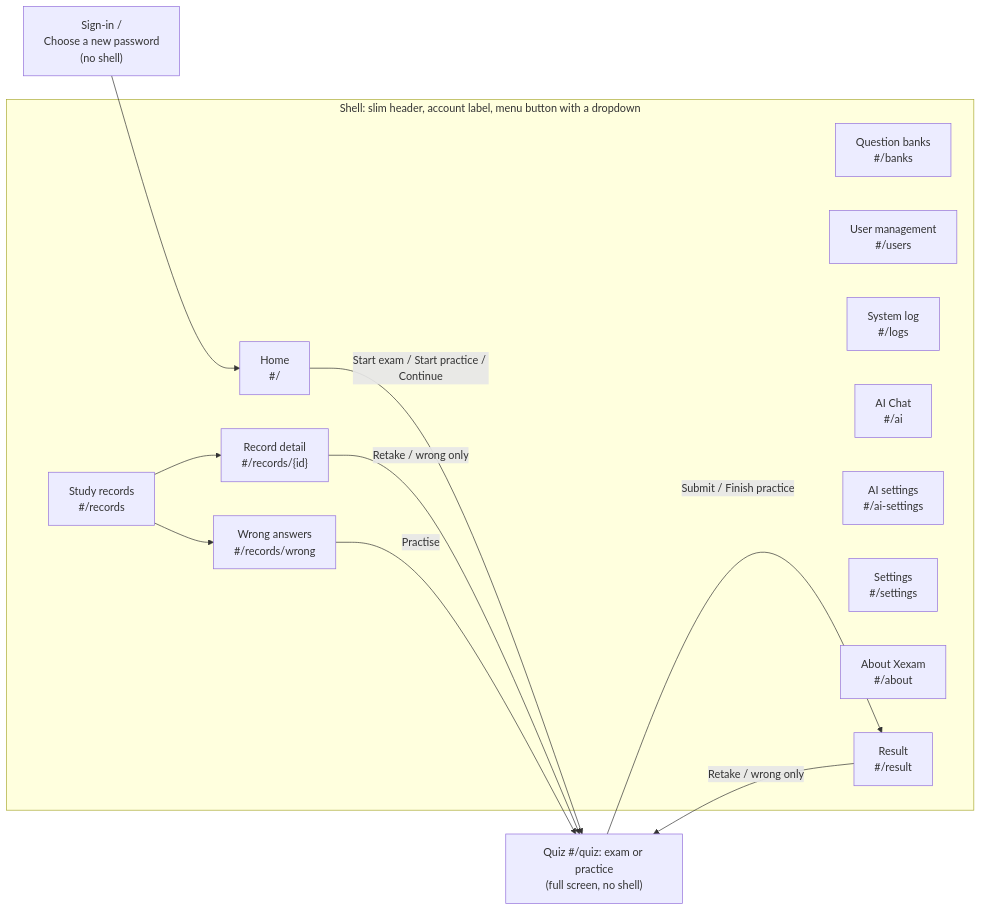
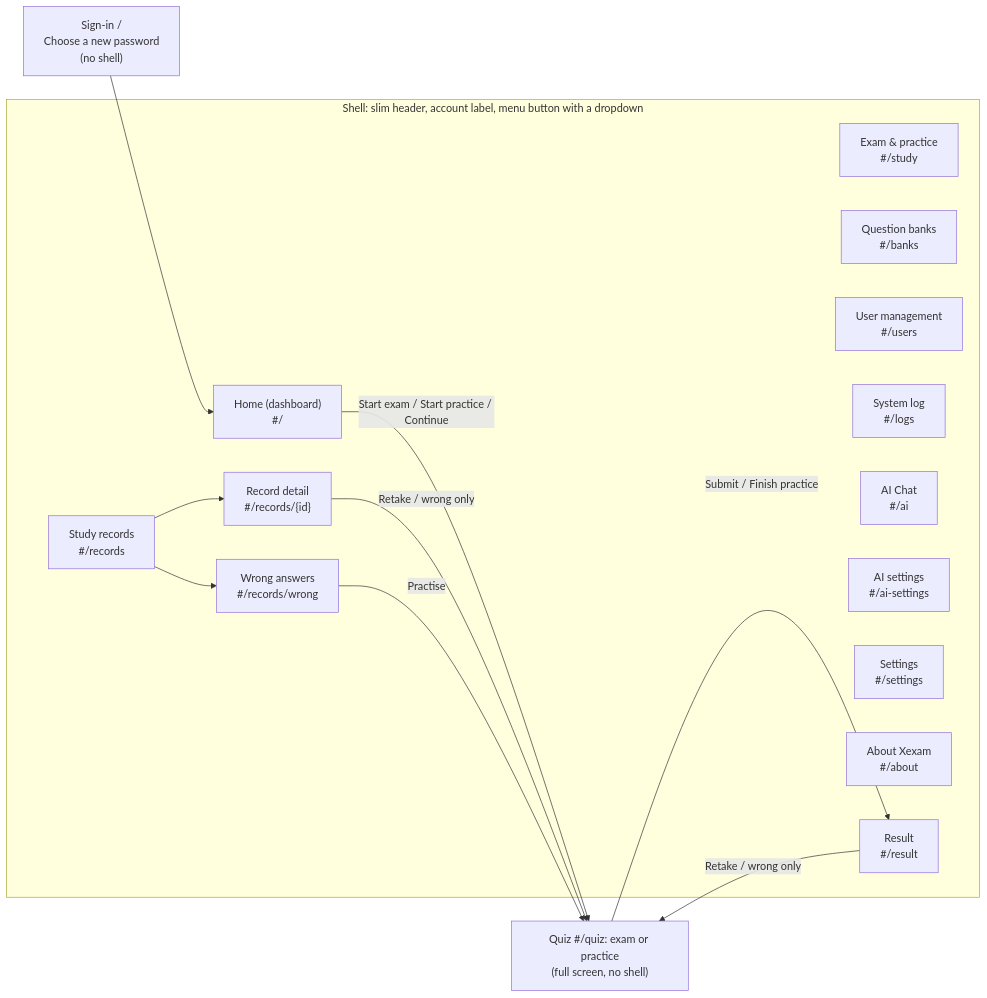
Before and after one commit to Yumin-Space/xexam: the fifth of 8 diagrams in docs/en/architecture.md, drawn with Mermaid. The commit also changed other lines of this file and 144 other files, not shown here.

First line of the commit message:
v2.5: Home dashboard, Exam & practice page, AI study assessment

````diff
--- a/docs/en/architecture.md
+++ b/docs/en/architecture.md
@@ -385,26 +386,27 @@
 ```mermaid
 flowchart LR
     SI["Sign-in /<br/>Choose a new password<br/>(no shell)"] --> H
     subgraph shell["Shell: slim header, account label, menu button with a dropdown"]
-        H["Home<br/>#/"]
+        H["Home (dashboard)<br/>#/"]
+        ST["Exam & practice<br/>#/study"]
         B["Question banks<br/>#/banks"]
         R["Study records<br/>#/records"]
         US["User management<br/>#/users"]
         LG["System log<br/>#/logs"]
         AI["AI Chat<br/>#/ai"]
         AIS["AI settings<br/>#/ai-settings"]
         S["Settings<br/>#/settings"]
         AB["About Xexam<br/>#/about"]
         D["Record detail<br/>#/records/{id}"]
         W["Wrong answers<br/>#/records/wrong"]
         RS["Result<br/>#/result"]
     end
     Q["Quiz #/quiz: exam or practice<br/>(full screen, no shell)"]
     R --> D
     R --> W
     H -->|"Start exam / Start practice / Continue"| Q
     Q -->|"Submit / Finish practice"| RS
     RS -->|"Retake / wrong only"| Q
     D -->|"Retake / wrong only"| Q
     W -->|"Practise"| Q
 ```
````
